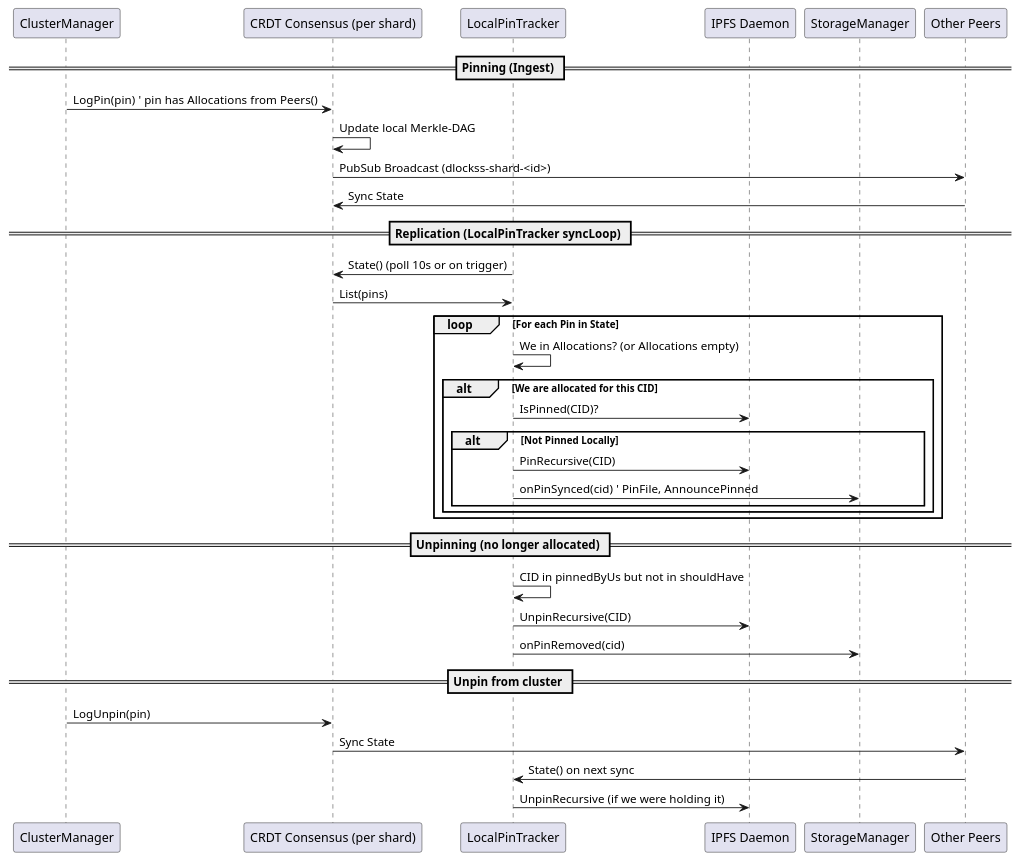
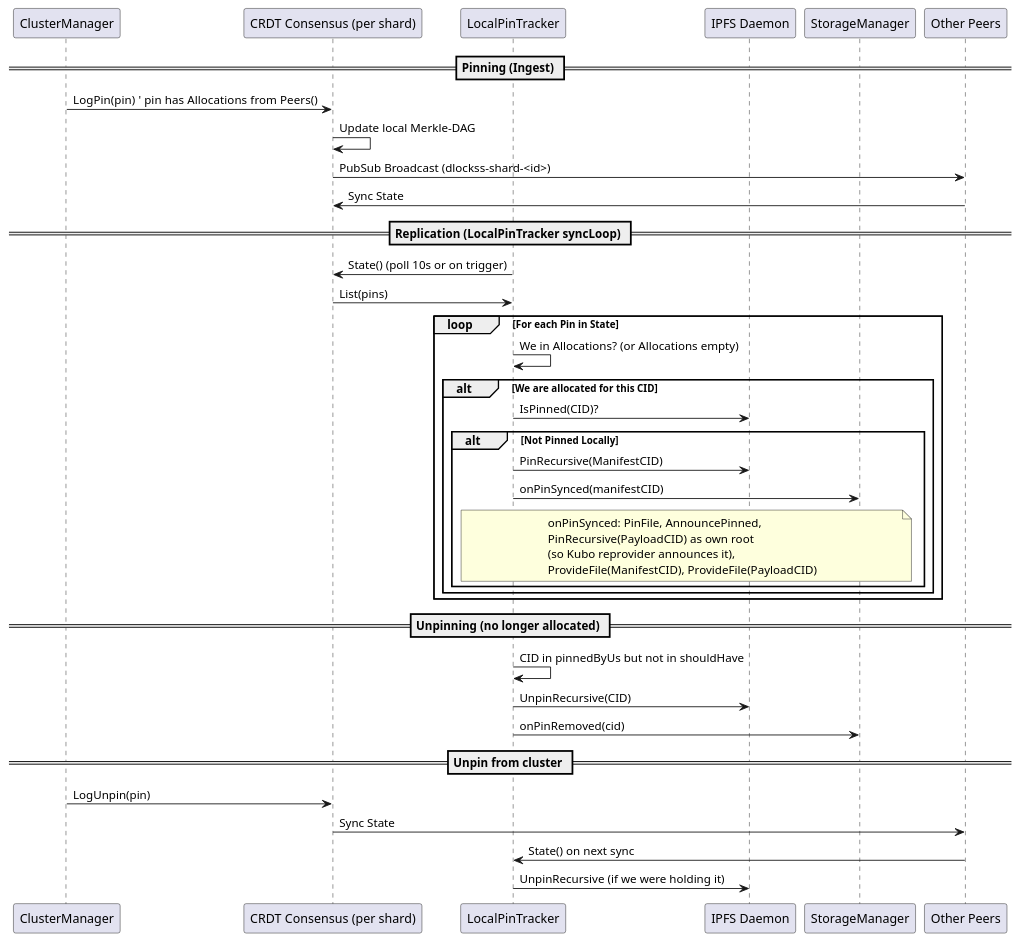
The diagram in docs/replication_check_sequence.puml (gipplab/D-LOCKSS), drawn with PlantUML before and after one commit. The commit also changed 7 other files, not shown here.

```diff
--- a/docs/replication_check_sequence.puml
+++ b/docs/replication_check_sequence.puml
@@ -1,46 +1,47 @@
 @startuml Cluster State Sync Sequence
 
 participant "ClusterManager" as ClusterMgr
 participant "CRDT Consensus (per shard)" as CRDT
 participant "LocalPinTracker" as PinTracker
 participant "IPFS Daemon" as IPFS
 participant "StorageManager" as Storage
 participant "Other Peers" as Peers
 
 == Pinning (Ingest) ==
 
 ClusterMgr -> CRDT: LogPin(pin)  ' pin has Allocations from Peers()
 CRDT -> CRDT: Update local Merkle-DAG
 CRDT -> Peers: PubSub Broadcast (dlockss-shard-<id>)
 Peers -> CRDT: Sync State
 
 == Replication (LocalPinTracker syncLoop) ==
 
 PinTracker -> CRDT: State() (poll 10s or on trigger)
 CRDT -> PinTracker: List(pins)
 
 loop For each Pin in State
     PinTracker -> PinTracker: We in Allocations? (or Allocations empty)
     alt We are allocated for this CID
         PinTracker -> IPFS: IsPinned(CID)?
         alt Not Pinned Locally
-            PinTracker -> IPFS: PinRecursive(CID)
-            PinTracker -> Storage: onPinSynced(cid)  ' PinFile, AnnouncePinned
+            PinTracker -> IPFS: PinRecursive(ManifestCID)
+            PinTracker -> Storage: onPinSynced(manifestCID)
+            Note over PinTracker, Storage: onPinSynced: PinFile, AnnouncePinned,\nPinRecursive(PayloadCID) as own root\n(so Kubo reprovider announces it),\nProvideFile(ManifestCID), ProvideFile(PayloadCID)
         end
     end
 end
 
 == Unpinning (no longer allocated) ==
 
 PinTracker -> PinTracker: CID in pinnedByUs but not in shouldHave
 PinTracker -> IPFS: UnpinRecursive(CID)
 PinTracker -> Storage: onPinRemoved(cid)
 
 == Unpin from cluster ==
 
 ClusterMgr -> CRDT: LogUnpin(pin)
 CRDT -> Peers: Sync State
 Peers -> PinTracker: State() on next sync
 PinTracker -> IPFS: UnpinRecursive (if we were holding it)
 
 @enduml
```
